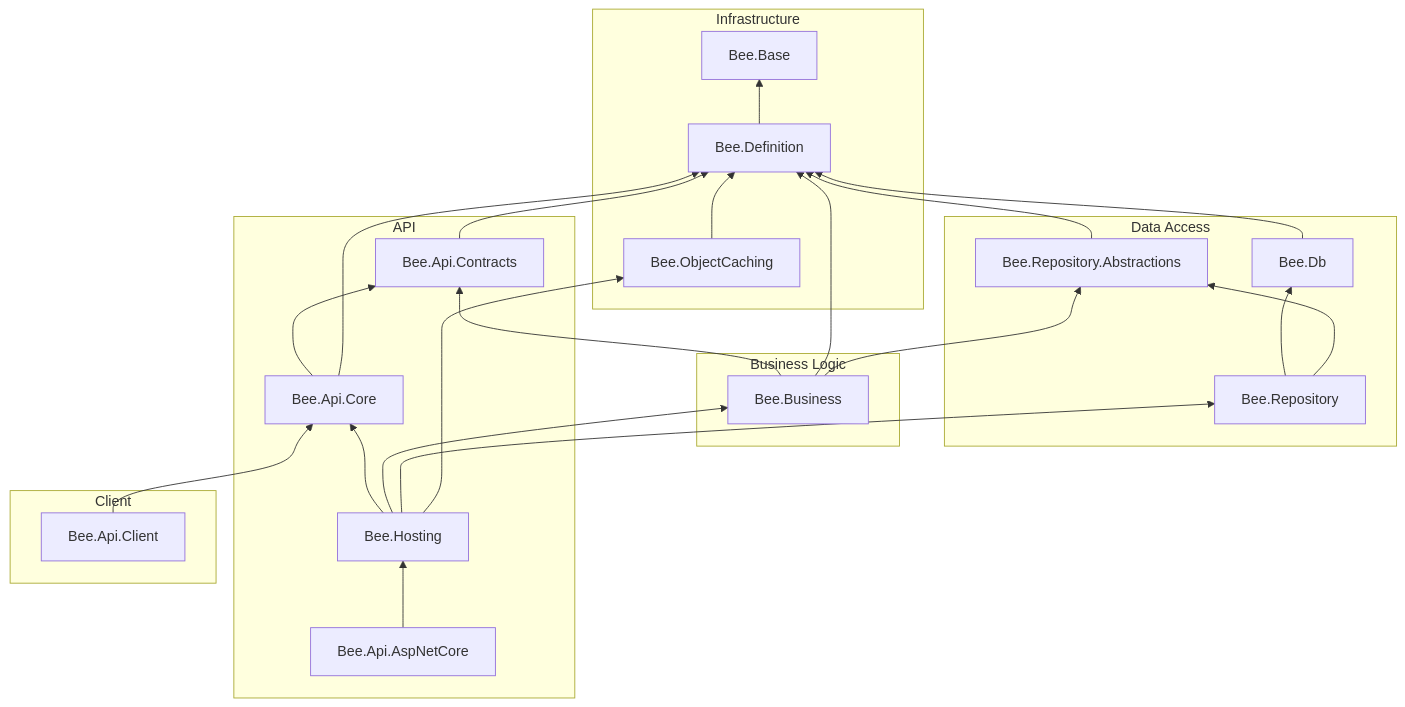
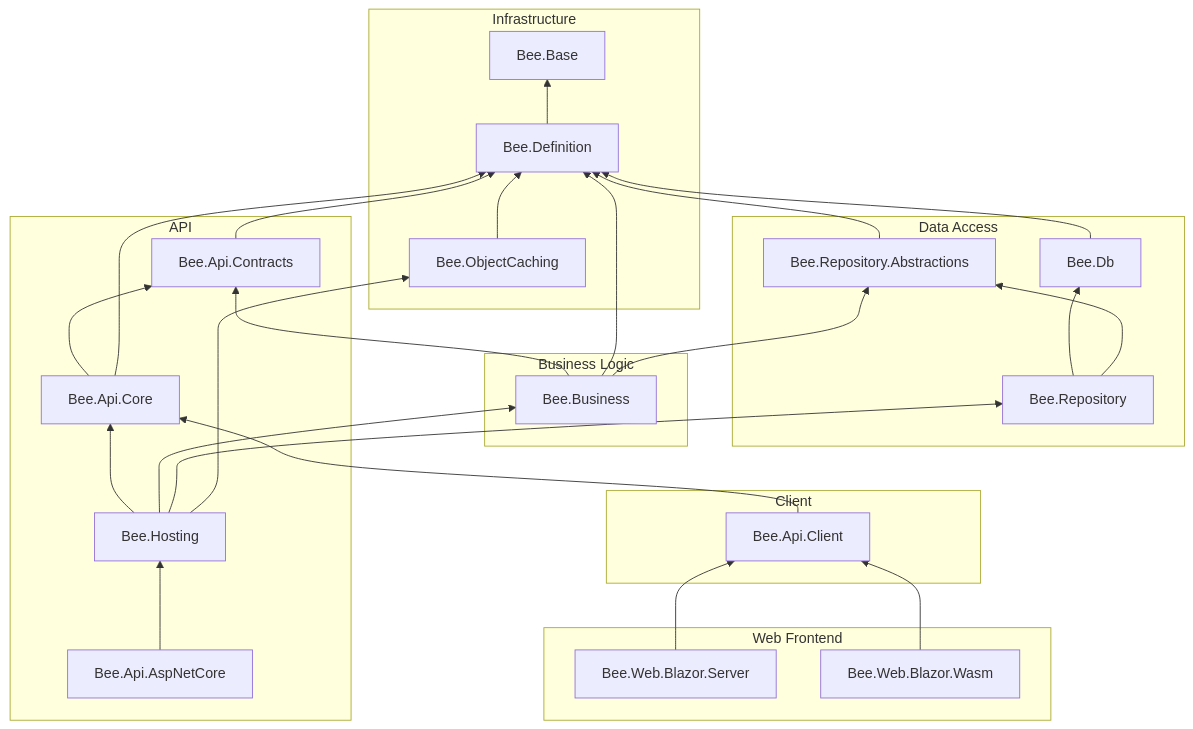
One commit to jeff377/bee-library changed the diagram in docs/dependency-map.md. Above: the diagram before and after it, drawn with Mermaid. The commit also changed other lines of this file and 2 other files, not shown here.

First line of the commit message:
docs(blazor): 補 Blazor Web 前端二個 RCL 的相依矩陣與架構圖更新

````diff
--- a/docs/dependency-map.md
+++ b/docs/dependency-map.md
@@ -11,48 +11,55 @@
 ```mermaid
 graph BT
   subgraph Infrastructure
     Base["Bee.Base"]
     Definition["Bee.Definition"]
     Caching["Bee.ObjectCaching"]
   end
 
   subgraph DataAccess [Data Access]
     RepoAbs["Bee.Repository.Abstractions"]
     Db["Bee.Db"]
     Repo["Bee.Repository"]
   end
 
   subgraph BusinessLogic [Business Logic]
     Business["Bee.Business"]
   end
 
   subgraph API
     Contracts["Bee.Api.Contracts"]
     Core["Bee.Api.Core"]
     Hosting["Bee.Hosting"]
     AspNet["Bee.Api.AspNetCore"]
   end
 
   subgraph ClientLayer [Client]
     Client["Bee.Api.Client"]
   end
 
+  subgraph WebFrontend [Web Frontend]
+    BlazorSrv["Bee.Web.Blazor.Server"]
+    BlazorWasm["Bee.Web.Blazor.Wasm"]
+  end
+
   Definition --> Base
   Contracts --> Definition
   Db --> Definition
   RepoAbs --> Definition
   Caching --> Definition
   Business --> Contracts
   Business --> Definition
   Business --> RepoAbs
   Repo --> Db
   Repo --> RepoAbs
   Core --> Contracts
   Core --> Definition
   Hosting --> Core
   Hosting --> Business
   Hosting --> Repo
   Hosting --> Caching
   AspNet --> Hosting
   Client --> Core
+  BlazorSrv --> Client
+  BlazorWasm --> Client
 ```
````
